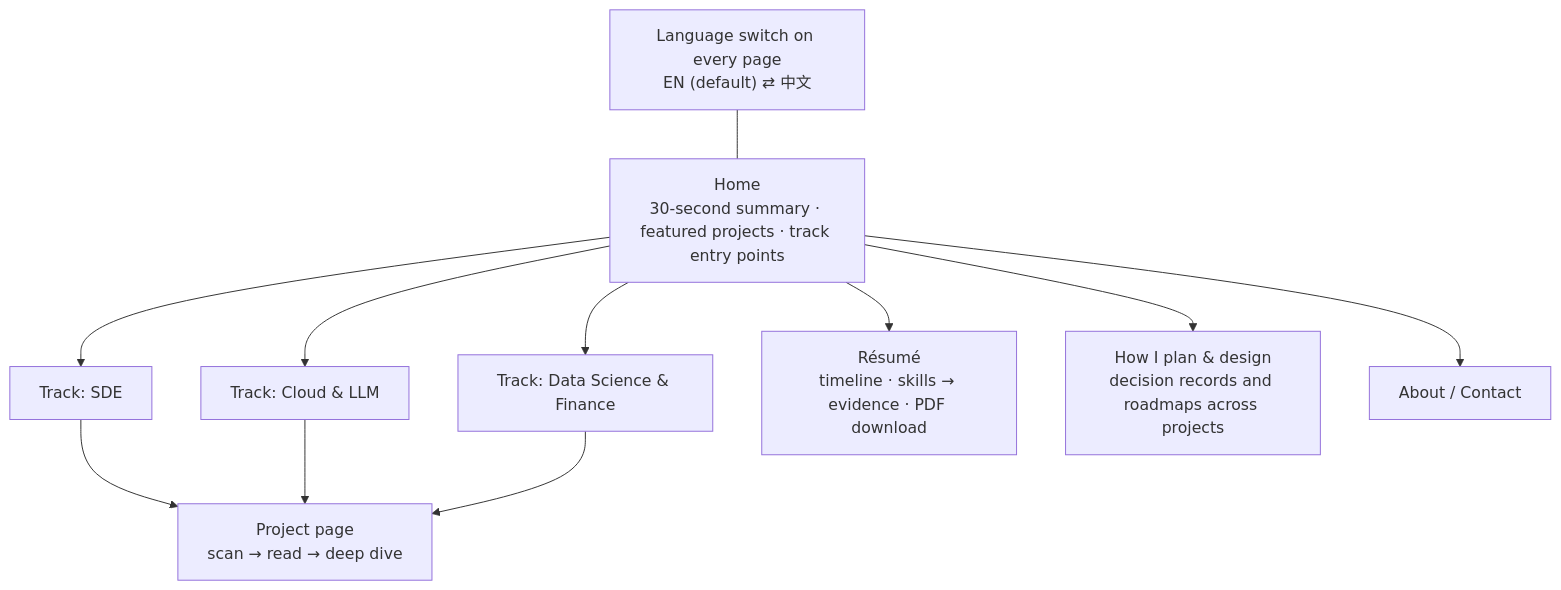
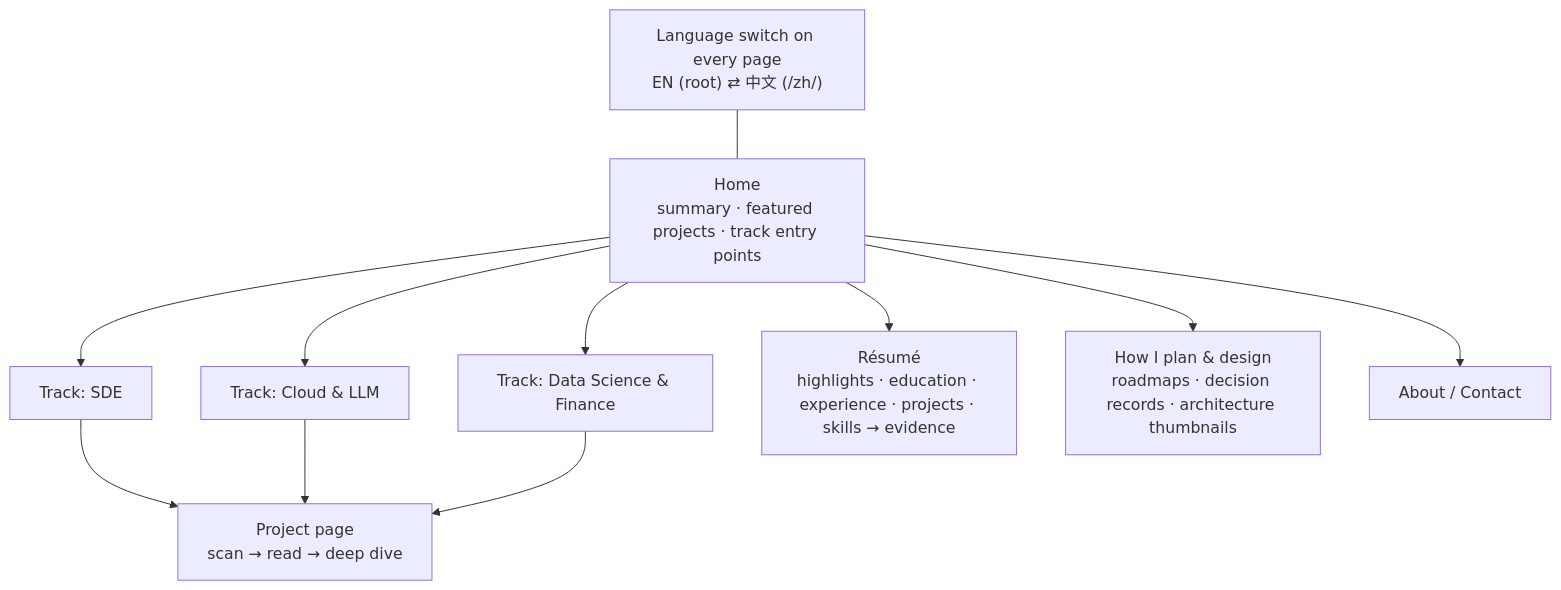
Before and after one commit to YigeWang1221/personal_portfolio: the second of 2 diagrams in ARCHITECTURE.md, drawn with Mermaid. The commit also changed other lines of this file and 142 other files, not shown here.

````diff
--- a/ARCHITECTURE.md
+++ b/ARCHITECTURE.md
@@ -84,14 +72,14 @@
 ```mermaid
-%% PROPOSED
+%% CURRENT
 flowchart TD
-  LS["Language switch on every page<br/>EN (default) ⇄ 中文"] --- H
-  H["Home<br/>30-second summary · featured projects · track entry points"] --> T1["Track: SDE"]
+  LS["Language switch on every page<br/>EN (root) ⇄ 中文 (/zh/)"] --- H
+  H["Home<br/>summary · featured projects · track entry points"] --> T1["Track: SDE"]
   H --> T2["Track: Cloud & LLM"]
   H --> T3["Track: Data Science & Finance"]
   T1 --> P["Project page<br/>scan → read → deep dive"]
   T2 --> P
   T3 --> P
-  H --> R["Résumé<br/>timeline · skills → evidence · PDF download"]
-  H --> D["How I plan & design<br/>decision records and roadmaps across projects"]
+  H --> R["Résumé<br/>highlights · education · experience · projects · skills → evidence"]
+  H --> D["How I plan & design<br/>roadmaps · decision records · architecture thumbnails"]
   H --> A["About / Contact"]
 ```
````
